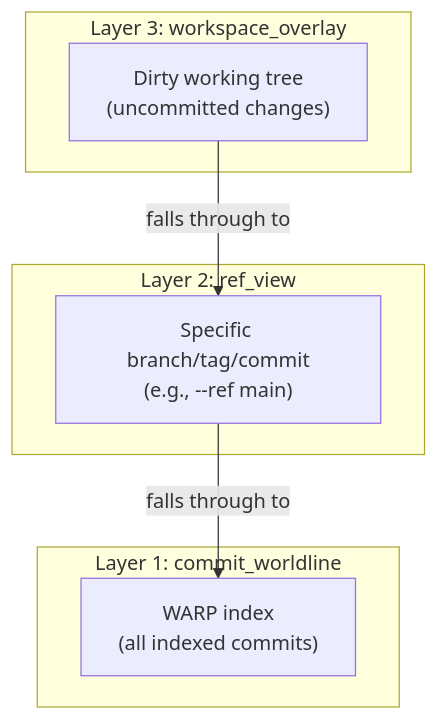
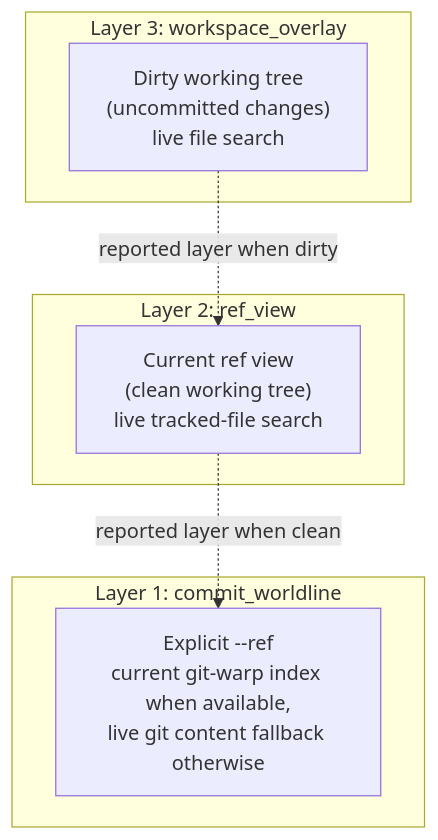
One commit to flyingrobots/graft changed the ninth of 29 diagrams in docs/TECHNICAL_TEARDOWN.md. Above: the diagram before and after it, drawn with Mermaid. The commit also changed other lines of this file and 1 other file, not shown here.

Commit message:
docs: correct public architecture docs

````diff
--- a/docs/TECHNICAL_TEARDOWN.md
+++ b/docs/TECHNICAL_TEARDOWN.md
@@ -602,15 +619,15 @@
 ```mermaid
 graph TD
     subgraph "Layer 3: workspace_overlay"
-        WO["Dirty working tree<br />(uncommitted changes)"]
+        WO["Dirty working tree<br />(uncommitted changes)<br />live file search"]
     end
     subgraph "Layer 2: ref_view"
-        RV["Specific branch/tag/commit<br />(e.g., --ref main)"]
+        RV["Current ref view<br />(clean working tree)<br />live tracked-file search"]
     end
     subgraph "Layer 1: commit_worldline"
-        CW["WARP index<br />(all indexed commits)"]
+        CW["Explicit --ref<br />current git-warp index when available,<br />live git content fallback otherwise"]
     end
 
-    WO -->|"falls through to"| RV
-    RV -->|"falls through to"| CW
+    WO -. "reported layer when dirty" .-> RV
+    RV -. "reported layer when clean" .-> CW
 ```
````
